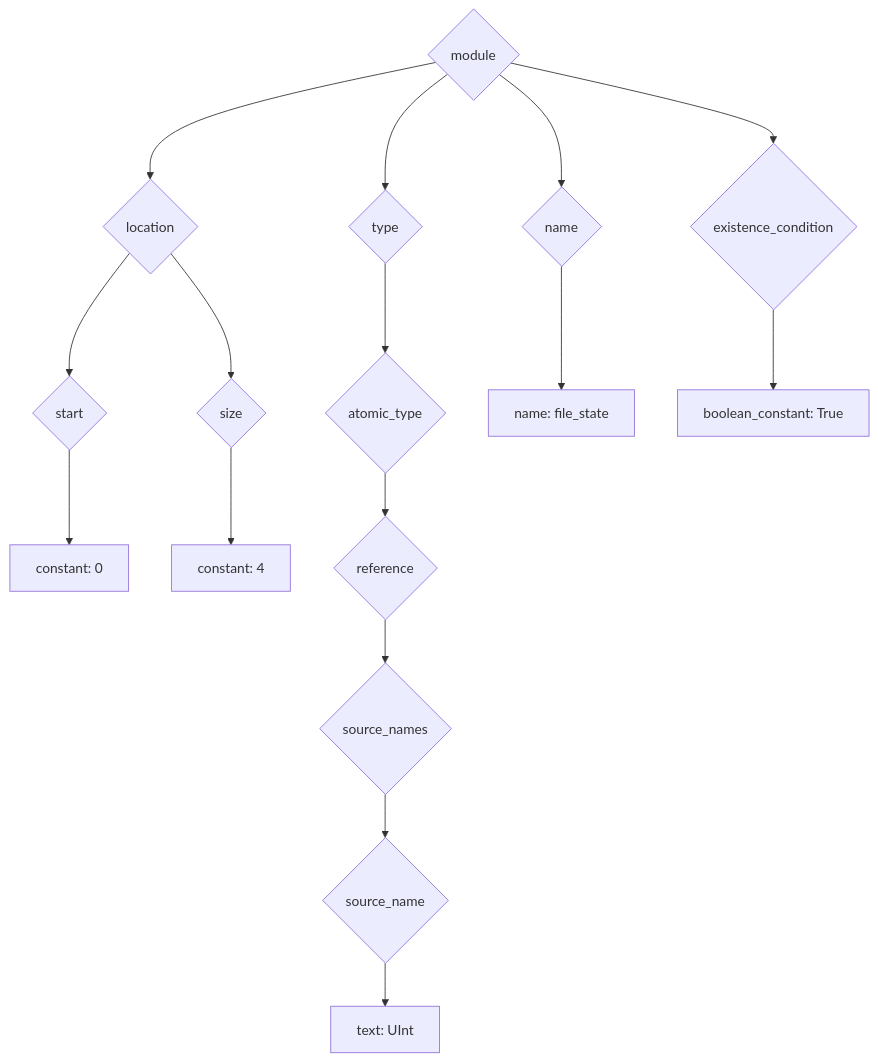
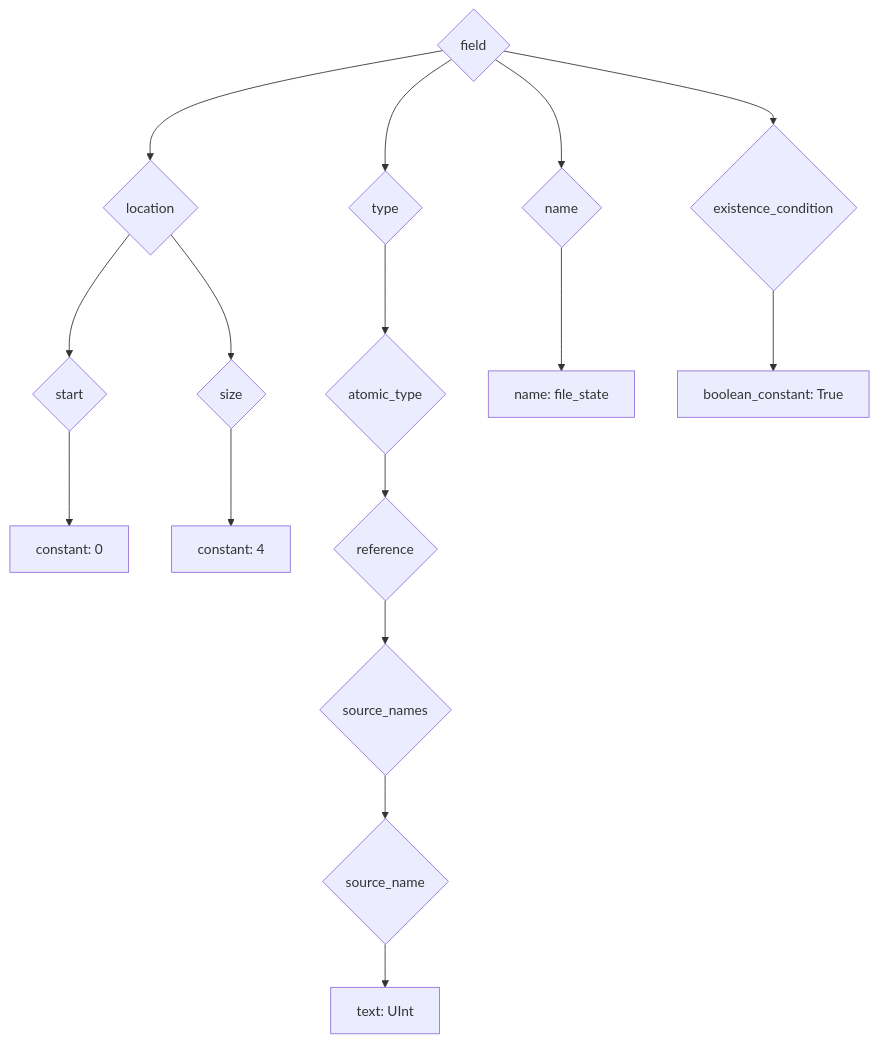
Before and after one commit to reventlov/emboss: the third of 5 diagrams in doc/design.md, drawn with Mermaid. The commit also changed other lines of this file, not shown here.

````diff
--- a/doc/design.md
+++ b/doc/design.md
@@ -128,34 +128,34 @@
 ```mermaid
 graph TD
-    n0@{ shape: diamond, label: "module" }
+    n0@{ shape: diamond, label: "field" }
     n0 --> n1
     n0 --> n4
     n0 --> n9
     n0 --> n10
     n1@{ shape: diamond, label: "location" }
     n1 --> n2
     n1 --> n3
     n2@{ shape: diamond, label: "start" }
     n2 --> l0
     n3@{ shape: diamond, label: "size" }
     n3 --> l1
     n4@{ shape: diamond, label: "type" }
     n4 --> n5
     n5@{ shape: diamond, label: "atomic_type" }
     n5 --> n6
     n6@{ shape: diamond, label: "reference" }
     n6 --> n7
     n7@{ shape: diamond, label: "source_names" }
     n7 --> n8
     n8@{ shape: diamond, label: "source_name" }
     n8 --> l2
     n9@{ shape: diamond, label: "name" }
     n9 --> l3
     n10@{ shape: diamond, label: "existence_condition" }
     n10 --> l4
     l0@{ shape: rect, label: "constant: 0" }
     l1@{ shape: rect, label: "constant: 4" }
     l2@{ shape: rect, label: "text: UInt" }
     l3@{ shape: rect, label: "name: file_state" }
     l4@{ shape: rect, label: "boolean_constant: True" }
 ```
````
